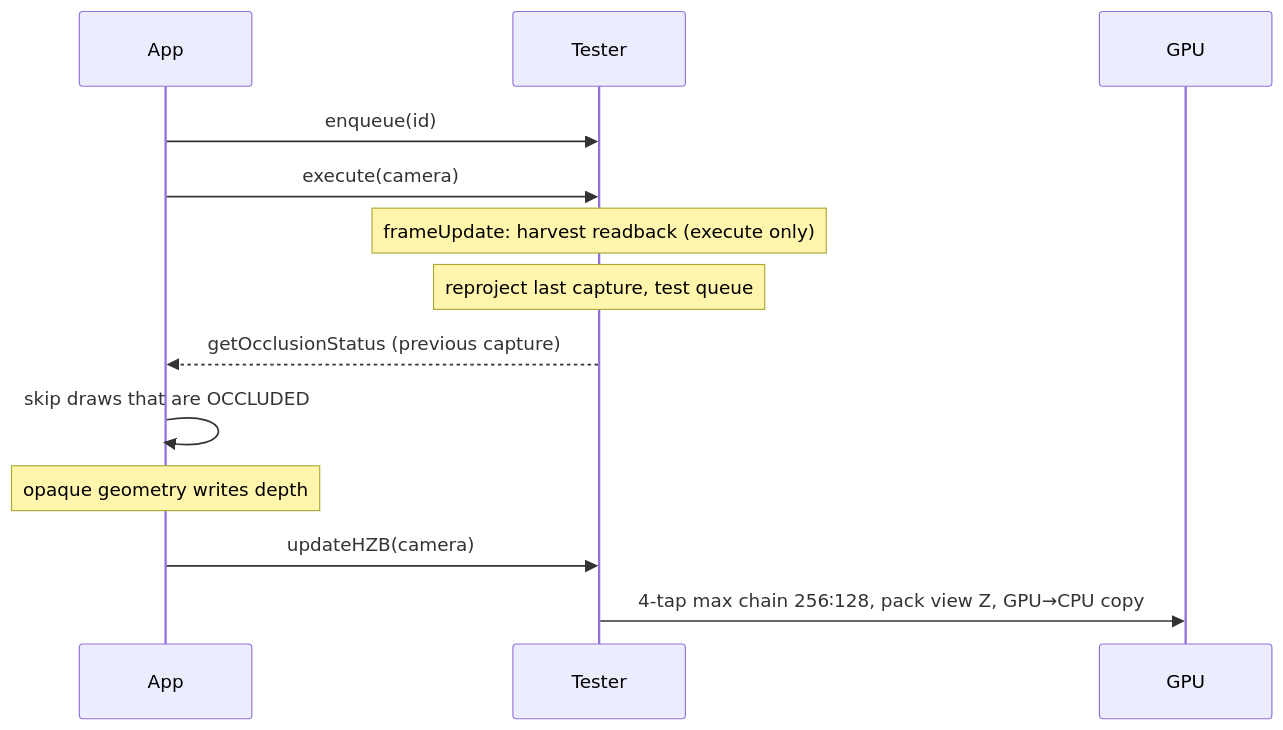
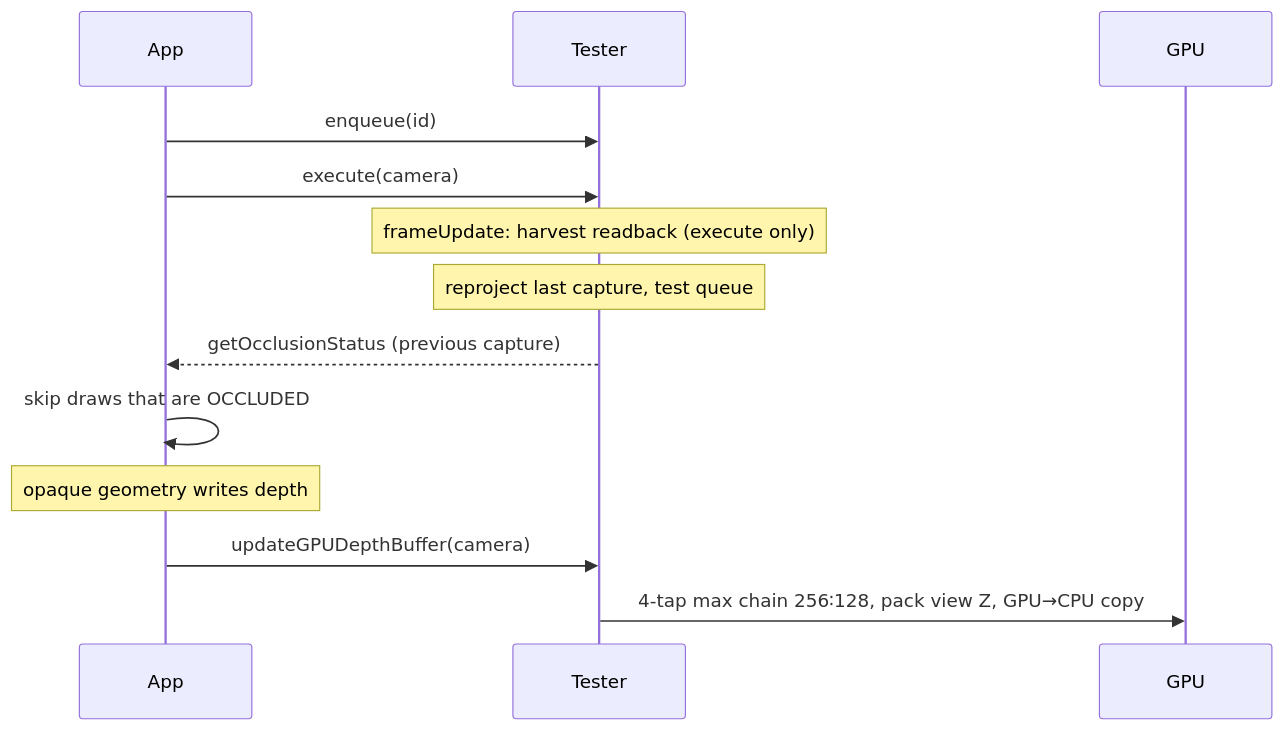
One commit to AlexAPPi/playcanvas-opti-pixel changed the first of 2 diagrams in docs/occlusion/coverage.md. Above: the diagram before and after it, drawn with Mermaid. The commit also changed other lines of this file and 15 other files, not shown here.

````diff
--- a/docs/occlusion/coverage.md
+++ b/docs/occlusion/coverage.md
@@ -57,16 +65,16 @@
 ```mermaid
 sequenceDiagram
     participant App
     participant Tester
     participant GPU
 
     App->>Tester: enqueue(id)
     App->>Tester: execute(camera)
     Note over Tester: frameUpdate: harvest readback (execute only)
     Note over Tester: reproject last capture, test queue
     Tester-->>App: getOcclusionStatus (previous capture)
     App->>App: skip draws that are OCCLUDED
     Note over App: opaque geometry writes depth
-    App->>Tester: updateHZB(camera)
+    App->>Tester: updateGPUDepthBuffer(camera)
     Tester->>GPU: 4-tap max chain 256∶128, pack view Z, GPU→CPU copy
 ```
````
